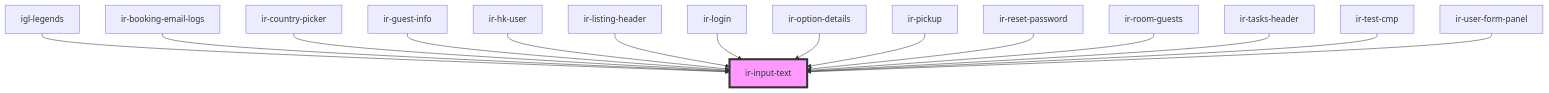
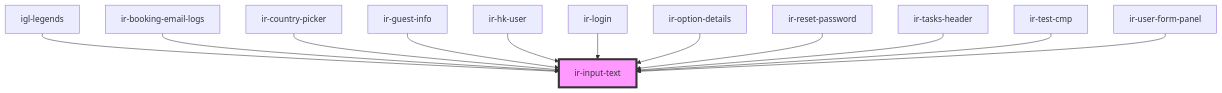
Before and after one commit to RonyRizk/ir-webcmp: the diagram in src/components/ui/ir-input-text/readme.md, drawn with Mermaid. The commit also changed other lines of this file and 433 other files, not shown here.

````diff
--- a/src/components/ui/ir-input-text/readme.md
+++ b/src/components/ui/ir-input-text/readme.md
@@ -122,18 +119,15 @@
 ```mermaid
 graph TD;
   igl-legends --> ir-input-text
   ir-booking-email-logs --> ir-input-text
   ir-country-picker --> ir-input-text
   ir-guest-info --> ir-input-text
   ir-hk-user --> ir-input-text
-  ir-listing-header --> ir-input-text
   ir-login --> ir-input-text
   ir-option-details --> ir-input-text
-  ir-pickup --> ir-input-text
   ir-reset-password --> ir-input-text
-  ir-room-guests --> ir-input-text
   ir-tasks-header --> ir-input-text
   ir-test-cmp --> ir-input-text
   ir-user-form-panel --> ir-input-text
   style ir-input-text fill:#f9f,stroke:#333,stroke-width:4px
 ```
````
